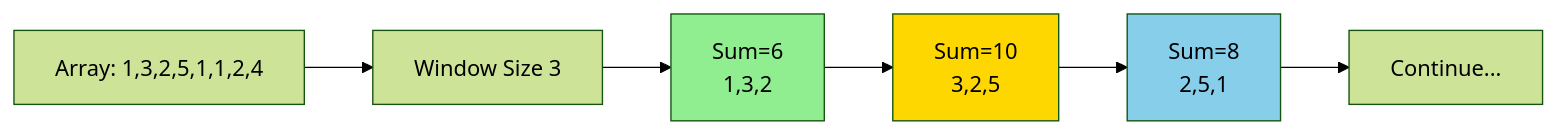
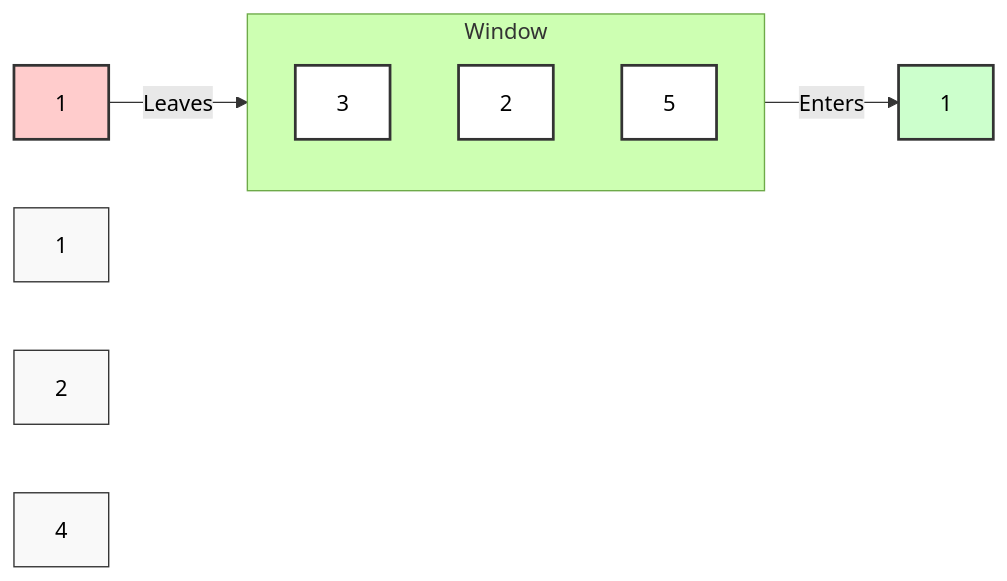
One commit to ankushtagore/dsa-coding-patterns changed the first of 7 diagrams in 01-sliding-window/README.md. Above: the diagram before and after it, drawn with Mermaid (forest theme). The commit also changed other lines of this file and 7 other files, not shown here.

````diff
--- a/01-sliding-window/README.md
+++ b/01-sliding-window/README.md
@@ -38,12 +34,26 @@
 ```mermaid
 graph LR
-    A[Array: 1,3,2,5,1,1,2,4] --> B[Window Size 3]
-    B --> C[Sum=6<br/>1,3,2]
-    C --> D[Sum=10<br/>3,2,5]
-    D --> E[Sum=8<br/>2,5,1]
-    E --> F[Continue...]
+    subgraph Window
+    B[3]
+    C[2]
+    D[5]
+    end
     
-    style C fill:#90EE90
-    style D fill:#FFD700
-    style E fill:#87CEEB
+    A[1] -- "Leaves" --> Window
+    Window -- "Enters" --> E[1]
+    
+    F[1]
+    G[2]
+    H[4]
+
+    style A fill:#ffcccc,stroke:#333,stroke-width:2px,color:#000
+    style B fill:#ffffff,stroke:#333,stroke-width:2px,color:#000
+    style C fill:#ffffff,stroke:#333,stroke-width:2px,color:#000
+    style D fill:#ffffff,stroke:#333,stroke-width:2px,color:#000
+    style E fill:#ccffcc,stroke:#333,stroke-width:2px,color:#000
+    style F fill:#f9f9f9,stroke:#333,stroke-width:1px,color:#000
+    style G fill:#f9f9f9,stroke:#333,stroke-width:1px,color:#000
+    style H fill:#f9f9f9,stroke:#333,stroke-width:1px,color:#000
+
+    linkStyle default color:#000,stroke:#333
 ```
````
